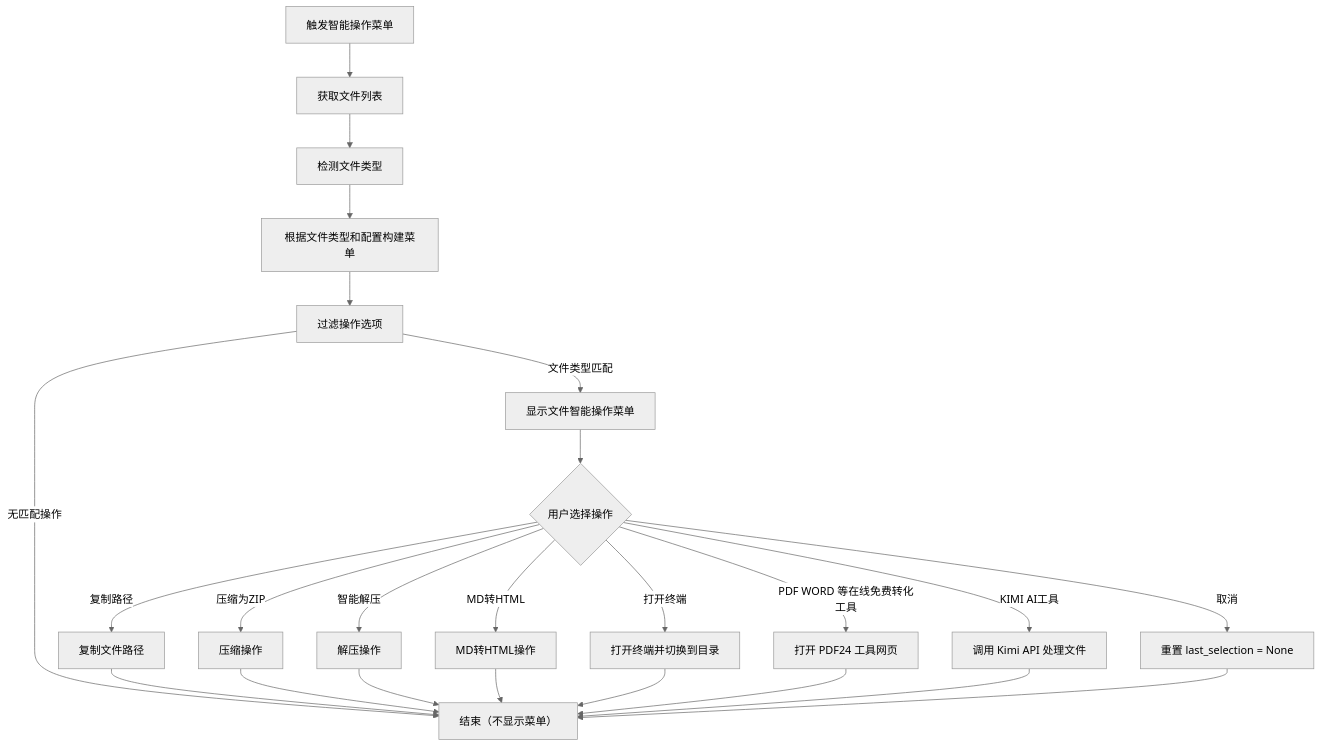
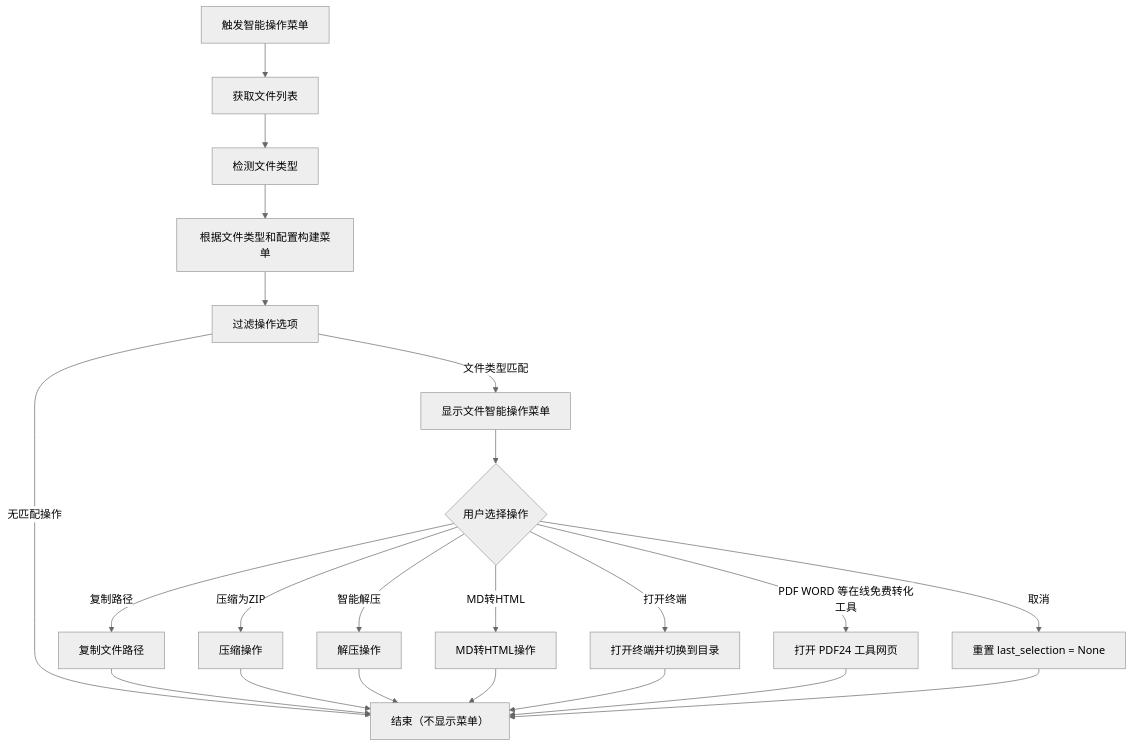
The fifth of 6 diagrams in 流程图.md (zhangs-cedar/mac-commondX), drawn with Mermaid (neutral theme) before and after one commit. The commit also changed other lines of this file and 4 other files, not shown here.

````diff
--- a/流程图.md
+++ b/流程图.md
@@ -97,29 +95,27 @@
 ```mermaid
 flowchart TD
     StartNode["触发智能操作菜单"] --> GetFiles["获取文件列表"]
     GetFiles --> DetectTypes["检测文件类型"]
     DetectTypes --> BuildMenu["根据文件类型和配置构建菜单"]
     BuildMenu --> FilterOps["过滤操作选项"]
     FilterOps -->|文件类型匹配| ShowMenu["显示文件智能操作菜单"]
     FilterOps -->|无匹配操作| EndNode["结束（不显示菜单）"]
     
     ShowMenu --> UserChoice{"用户选择操作"}
     
     UserChoice -->|复制路径| CopyPaths["复制文件路径"]
     UserChoice -->|压缩为ZIP| Compress["压缩操作"]
     UserChoice -->|智能解压| Decompress["解压操作"]
     UserChoice -->|MD转HTML| MdToHtml["MD转HTML操作"]
     UserChoice -->|打开终端| OpenTerminal["打开终端并切换到目录"]
     UserChoice -->|PDF WORD 等在线免费转化工具| PdfEditor["打开 PDF24 工具网页"]
-    UserChoice -->|KIMI AI工具| KimiAi["调用 Kimi API 处理文件"]
     UserChoice -->|取消| ResetLastSelection["重置 last_selection = None"]
     
     CopyPaths --> EndNode
     Compress --> EndNode
     Decompress --> EndNode
     MdToHtml --> EndNode
     OpenTerminal --> EndNode
     PdfEditor --> EndNode
-    KimiAi --> EndNode
     ResetLastSelection --> EndNode
 ```
````
